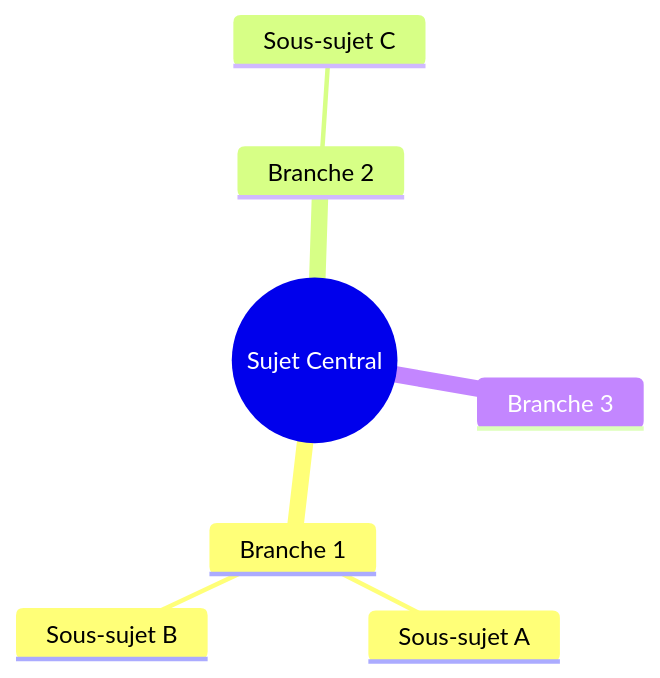
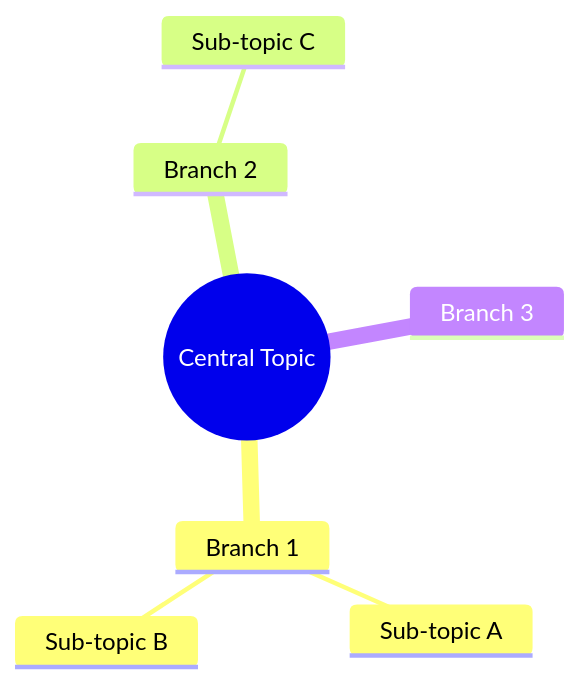
The fifth of 17 diagrams in .claude/skills/diagram-generator/SKILL.md (julien-riel/research-and-presentation-team), drawn with Mermaid before and after one commit. The commit also changed other lines of this file and 17 other files, not shown here.

````diff
--- a/.claude/skills/diagram-generator/SKILL.md
+++ b/.claude/skills/diagram-generator/SKILL.md
@@ -279,10 +279,10 @@
 ```mermaid
 mindmap
-    root((Sujet Central))
-        Branche 1
-            Sous-sujet A
-            Sous-sujet B
-        Branche 2
-            Sous-sujet C
-        Branche 3
+    root((Central Topic))
+        Branch 1
+            Sub-topic A
+            Sub-topic B
+        Branch 2
+            Sub-topic C
+        Branch 3
 ```
````
